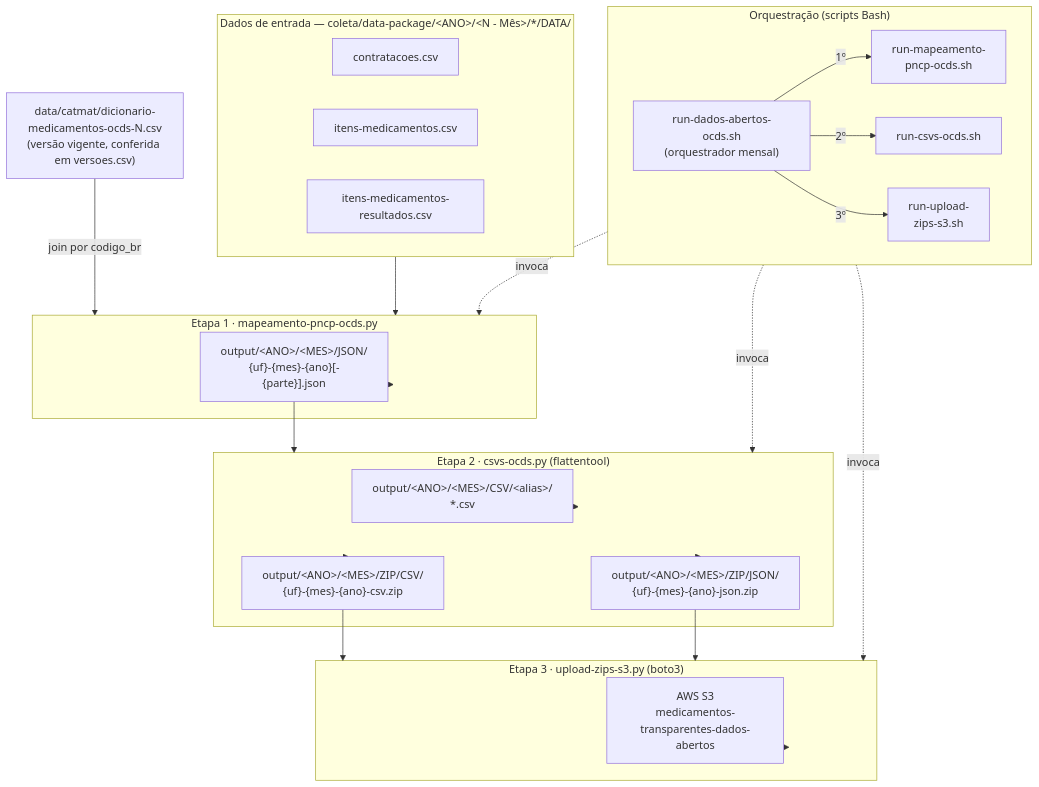
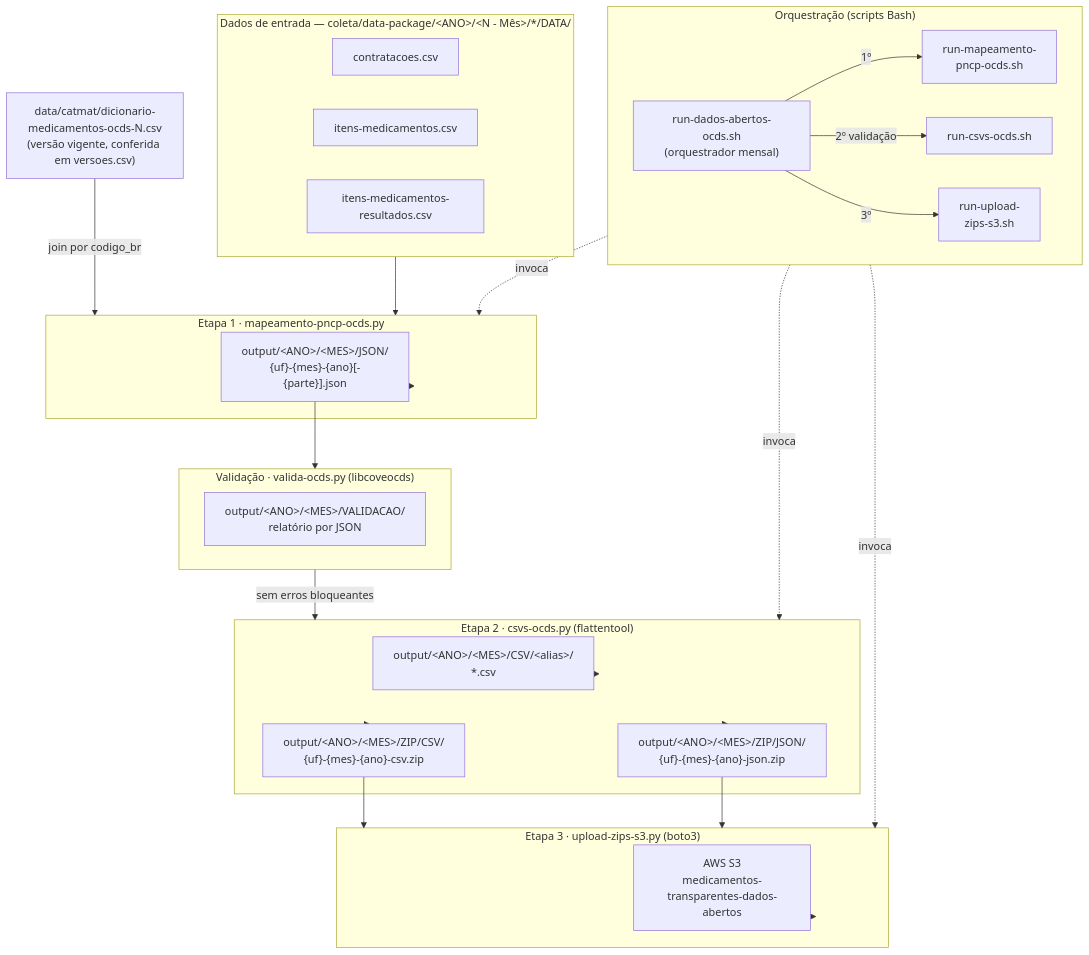
Before and after one commit to Transparencia-Brasil/cesta-de-precos-pncp: the diagram in tasks/mapeamento-ocds/README.md, drawn with Mermaid. The commit also changed other lines of this file and 3 other files, not shown here.

First line of the commit message:
feat: valida JSONs OCDS com libcoveocds antes de gerar CSVs

````diff
--- a/tasks/mapeamento-ocds/README.md
+++ b/tasks/mapeamento-ocds/README.md
@@ -7,50 +7,55 @@
 ```mermaid
 flowchart TD
     subgraph entrada["Dados de entrada — coleta/data-package/&lt;ANO&gt;/&lt;N - Mês&gt;/*/DATA/"]
         cont["contratacoes.csv"]
         itens["itens-medicamentos.csv"]
         res["itens-medicamentos-resultados.csv"]
     end
 
     dic["data/catmat/dicionario-medicamentos-ocds-N.csv\n(versão vigente, conferida em versoes.csv)"]
     dic -->|"join por codigo_br"| e1
 
     subgraph e1["Etapa 1 · mapeamento-pncp-ocds.py"]
         json["output/&lt;ANO&gt;/&lt;MES&gt;/JSON/\n{uf}-{mes}-{ano}[-{parte}].json"]
+    end
+
+    subgraph val["Validação · valida-ocds.py (libcoveocds)"]
+        rel["output/&lt;ANO&gt;/&lt;MES&gt;/VALIDACAO/\nrelatório por JSON"]
     end
 
     subgraph e2["Etapa 2 · csvs-ocds.py (flattentool)"]
         csv["output/&lt;ANO&gt;/&lt;MES&gt;/CSV/&lt;alias&gt;/\n*.csv"]
         zipcsv["output/&lt;ANO&gt;/&lt;MES&gt;/ZIP/CSV/\n{uf}-{mes}-{ano}-csv.zip"]
         zipjson["output/&lt;ANO&gt;/&lt;MES&gt;/ZIP/JSON/\n{uf}-{mes}-{ano}-json.zip"]
     end
 
     subgraph e3["Etapa 3 · upload-zips-s3.py (boto3)"]
         s3["AWS S3\nmedicamentos-transparentes-dados-abertos"]
     end
 
     subgraph orch["Orquestração (scripts Bash)"]
         direction LR
         sh_orch["run-dados-abertos-ocds.sh\n(orquestrador mensal)"]
         sh1["run-mapeamento-\npncp-ocds.sh"]
         sh2["run-csvs-ocds.sh"]
         sh3["run-upload-\nzips-s3.sh"]
         sh_orch -->|"1º"| sh1
-        sh_orch -->|"2º"| sh2
+        sh_orch -->|"2º validação"| sh2
         sh_orch -->|"3º"| sh3
     end
 
     entrada --> e1
     e1 --> json
-    json --> e2
+    json --> val
+    val -->|"sem erros bloqueantes"| e2
     e2 --> csv
     e2 --> zipcsv
     e2 --> zipjson
     zipcsv --> e3
     zipjson --> e3
     e3 --> s3
 
     sh1 -.->|invoca| e1
     sh2 -.->|invoca| e2
     sh3 -.->|invoca| e3
 ```
````
